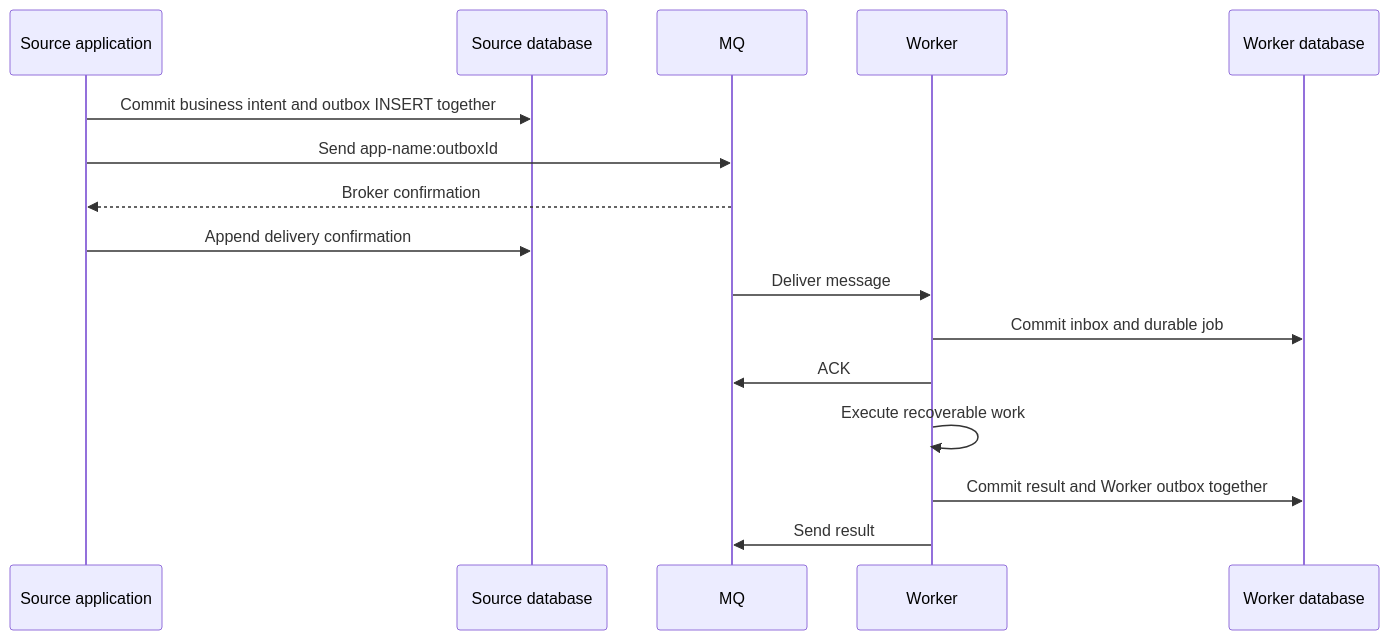
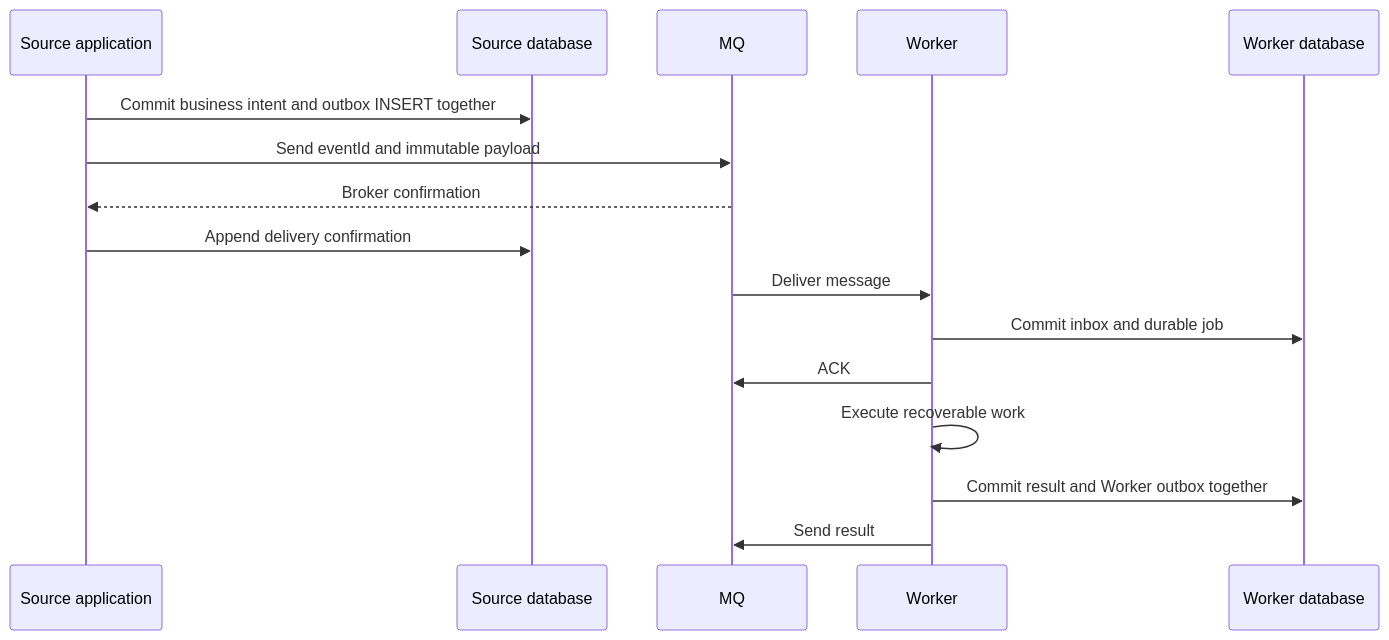
The third of 3 diagrams in ARCHITECTURE.md (yildizib/codomain), drawn with Mermaid before and after one commit. The commit also changed other lines of this file and 3 other files, not shown here.

````diff
--- a/ARCHITECTURE.md
+++ b/ARCHITECTURE.md
@@ -111,18 +132,18 @@
 ```mermaid
 sequenceDiagram
   participant App as Source application
   participant DB as Source database
   participant MQ as MQ
   participant W as Worker
   participant WD as Worker database
   App->>DB: Commit business intent and outbox INSERT together
-  App->>MQ: Send app-name:outboxId
+  App->>MQ: Send eventId and immutable payload
   MQ-->>App: Broker confirmation
   App->>DB: Append delivery confirmation
   MQ->>W: Deliver message
   W->>WD: Commit inbox and durable job
   W->>MQ: ACK
   W->>W: Execute recoverable work
   W->>WD: Commit result and Worker outbox together
   W->>MQ: Send result
 ```
````
